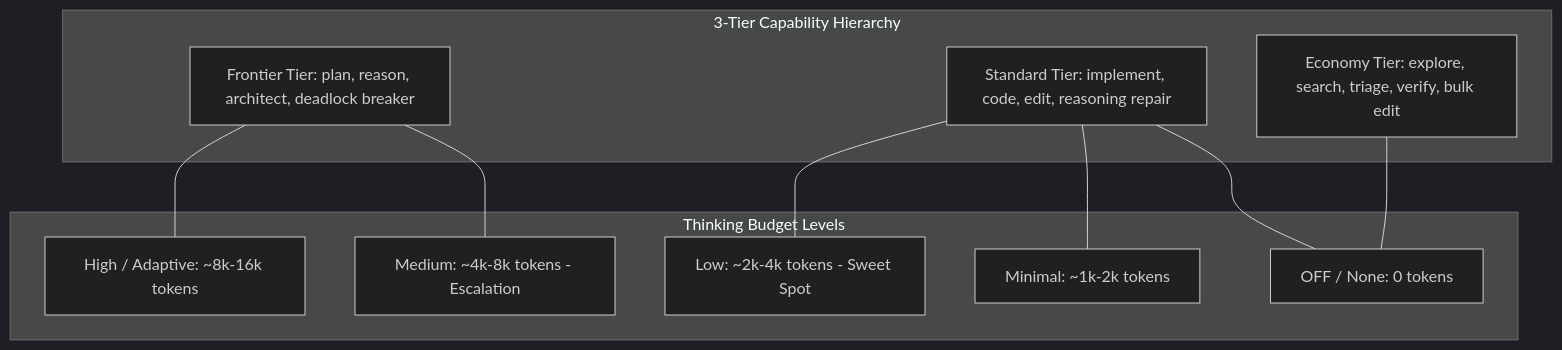
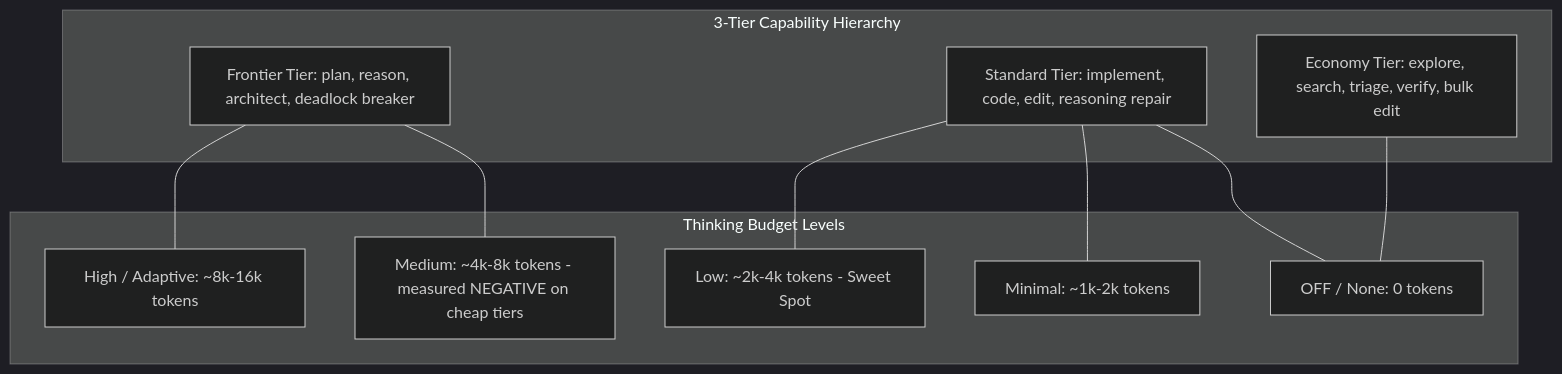
The diagram in .agents/skills/tokenomics-architect/SKILL.md (lexha-redstone/tokenomics-benchmark-multi-llms), drawn with Mermaid (dark theme) before and after one commit. The commit also changed other lines of this file and 1 other file, not shown here.

````diff
--- a/.agents/skills/tokenomics-architect/SKILL.md
+++ b/.agents/skills/tokenomics-architect/SKILL.md
@@ -45,20 +56,20 @@
 ```mermaid
 flowchart TD
     subgraph Tiers ["3-Tier Capability Hierarchy"]
         F[Frontier Tier: plan, reason, architect, deadlock breaker]
         S[Standard Tier: implement, code, edit, reasoning repair]
         E[Economy Tier: explore, search, triage, verify, bulk edit]
     end
 
     subgraph Thinking ["Thinking Budget Levels"]
         T0[OFF / None: 0 tokens]
         T1[Minimal: ~1k-2k tokens]
         T2[Low: ~2k-4k tokens - Sweet Spot]
-        T3[Medium: ~4k-8k tokens - Escalation]
+        T3[Medium: ~4k-8k tokens - measured NEGATIVE on cheap tiers]
         T4[High / Adaptive: ~8k-16k tokens]
     end
 
     F --- T4 & T3
     S --- T2 & T1 & T0
     E --- T0
 ```
````
